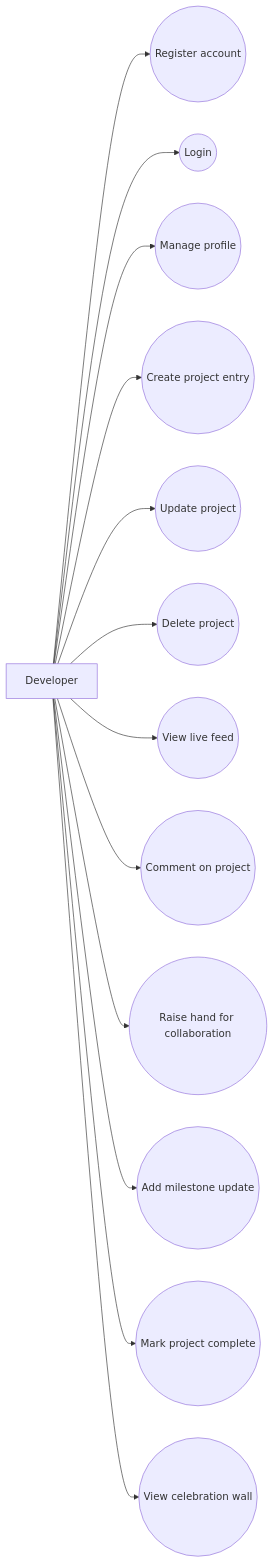
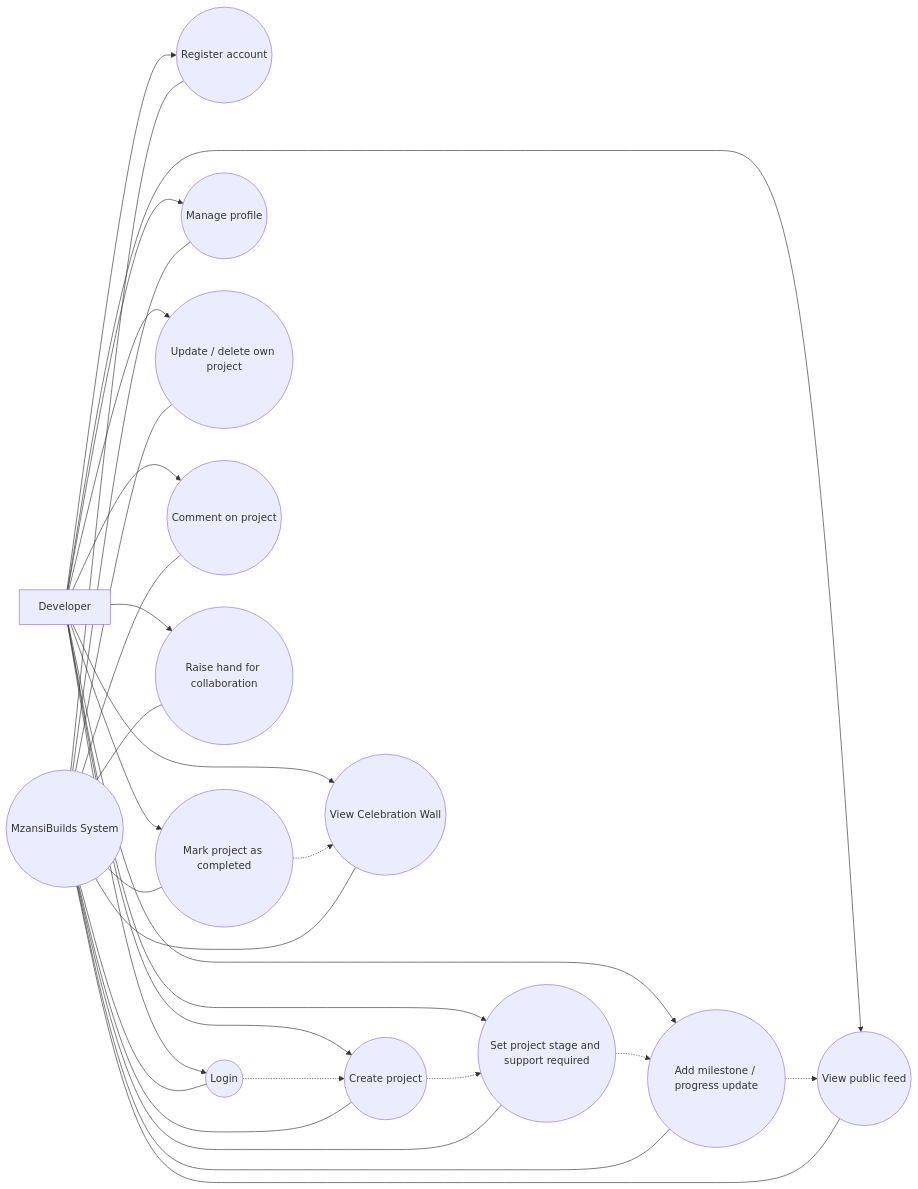
One commit to martinmaboya/mzansibuilds changed the diagram in docs/uml-use-case.md. Above: the diagram before and after it, drawn with Mermaid. The commit also changed other lines of this file and 1 other file, not shown here.

Commit message:
docs: refine UML diagrams for project profiling

````diff
--- a/docs/uml-use-case.md
+++ b/docs/uml-use-case.md
@@ -3,30 +9,49 @@
 ```mermaid
 flowchart LR
     A[Developer]
+    S((MzansiBuilds System))
 
     UC1((Register account))
     UC2((Login))
     UC3((Manage profile))
-    UC4((Create project entry))
-    UC5((Update project))
-    UC6((Delete project))
-    UC7((View live feed))
+    UC4((Create project))
+    UC5((Update / delete own project))
+    UC6((Set project stage and support required))
+    UC7((View public feed))
     UC8((Comment on project))
     UC9((Raise hand for collaboration))
-    UC10((Add milestone update))
-    UC11((Mark project complete))
-    UC12((View celebration wall))
+    UC10((Add milestone / progress update))
+    UC11((Mark project as completed))
+    UC12((View Celebration Wall))
 
     A --> UC1
     A --> UC2
     A --> UC3
     A --> UC4
     A --> UC5
     A --> UC6
     A --> UC7
     A --> UC8
     A --> UC9
     A --> UC10
     A --> UC11
     A --> UC12
+
+    UC2 -.-> UC4
+    UC4 -.-> UC6
+    UC6 -.-> UC10
+    UC10 -.-> UC7
+    UC11 -.-> UC12
+    S --- UC1
+    S --- UC2
+    S --- UC3
+    S --- UC4
+    S --- UC5
+    S --- UC6
+    S --- UC7
+    S --- UC8
+    S --- UC9
+    S --- UC10
+    S --- UC11
+    S --- UC12
 ```
````
